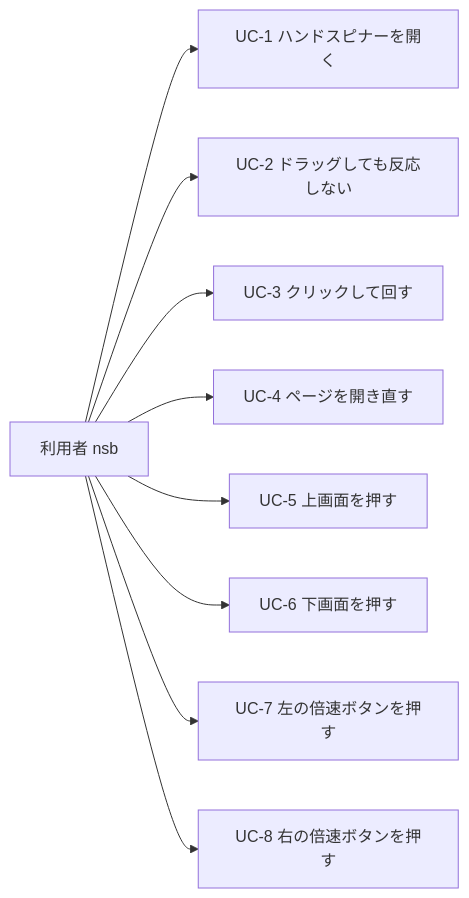
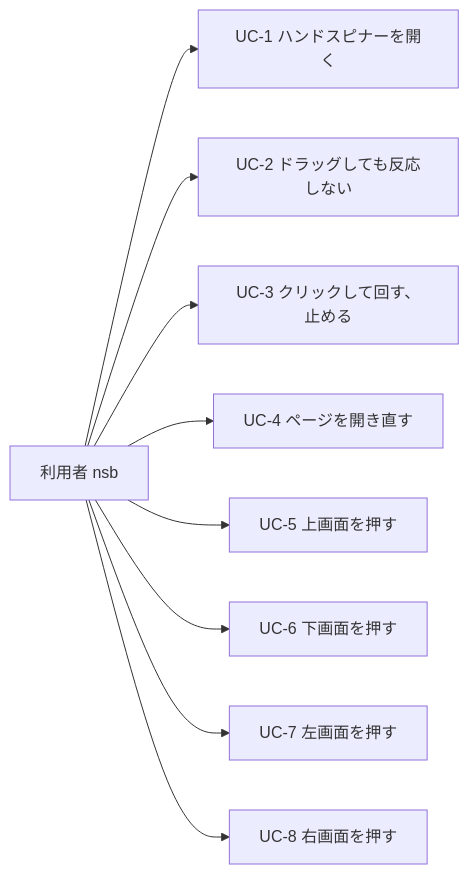
The first of 9 diagrams in spinner/ドキュメント/ユースケース.md (pfgnsb/hand-spinner), drawn with Mermaid before and after one commit. The commit also changed other lines of this file and 10 other files, not shown here.

````diff
--- a/spinner/ドキュメント/ユースケース.md
+++ b/spinner/ドキュメント/ユースケース.md
@@ -30,12 +30,12 @@
 ```mermaid
 flowchart LR
   user[利用者 nsb]
   user --> uc1[UC-1 ハンドスピナーを開く]
   user --> uc2[UC-2 ドラッグしても反応しない]
-  user --> uc3[UC-3 クリックして回す]
+  user --> uc3[UC-3 クリックして回す、止める]
   user --> uc4[UC-4 ページを開き直す]
   user --> uc5[UC-5 上画面を押す]
   user --> uc6[UC-6 下画面を押す]
-  user --> uc7[UC-7 左の倍速ボタンを押す]
-  user --> uc8[UC-8 右の倍速ボタンを押す]
+  user --> uc7[UC-7 左画面を押す]
+  user --> uc8[UC-8 右画面を押す]
 ```
````
